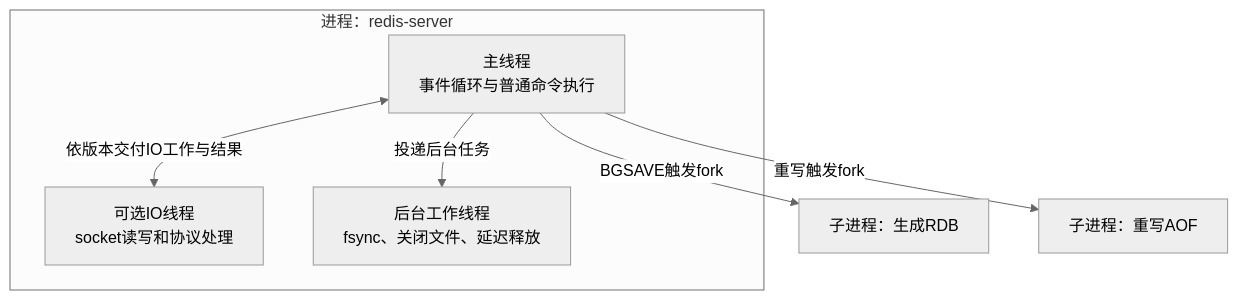
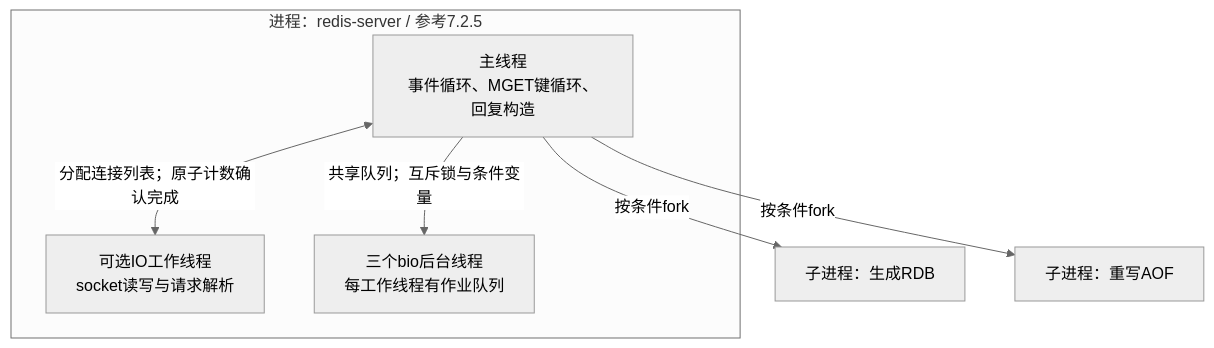
Before and after one commit to bitianyuan123/docs: the diagram in diagrams/11_redis_workload_01.mmd, drawn with Mermaid (neutral theme). The commit also changed 110 other files, not shown here.

```diff
--- a/diagrams/11_redis_workload_01.mmd
+++ b/diagrams/11_redis_workload_01.mmd
@@ -1,10 +1,10 @@
 flowchart TB
-    subgraph RedisProcess[进程：redis-server]
-        Main[主线程<br/>事件循环与普通命令执行]
-        IO[可选IO线程<br/>socket读写和协议处理]
-        Bio[后台工作线程<br/>fsync、关闭文件、延迟释放]
-        Main <-->|依版本交付IO工作与结果| IO
-        Main -->|投递后台任务| Bio
+    subgraph RedisProcess[进程：redis-server / 参考7.2.5]
+        Main[主线程<br/>事件循环、MGET键循环、回复构造]
+        IO[可选IO工作线程<br/>socket读写与请求解析]
+        Bio[三个bio后台线程<br/>每工作线程有作业队列]
+        Main <-->|分配连接列表；原子计数确认完成| IO
+        Main -->|共享队列；互斥锁与条件变量| Bio
     end
-    Main -->|BGSAVE触发fork| RDB[子进程：生成RDB]
-    Main -->|重写触发fork| AOF[子进程：重写AOF]
+    Main -->|按条件fork| RDB[子进程：生成RDB]
+    Main -->|按条件fork| AOF[子进程：重写AOF]
```
